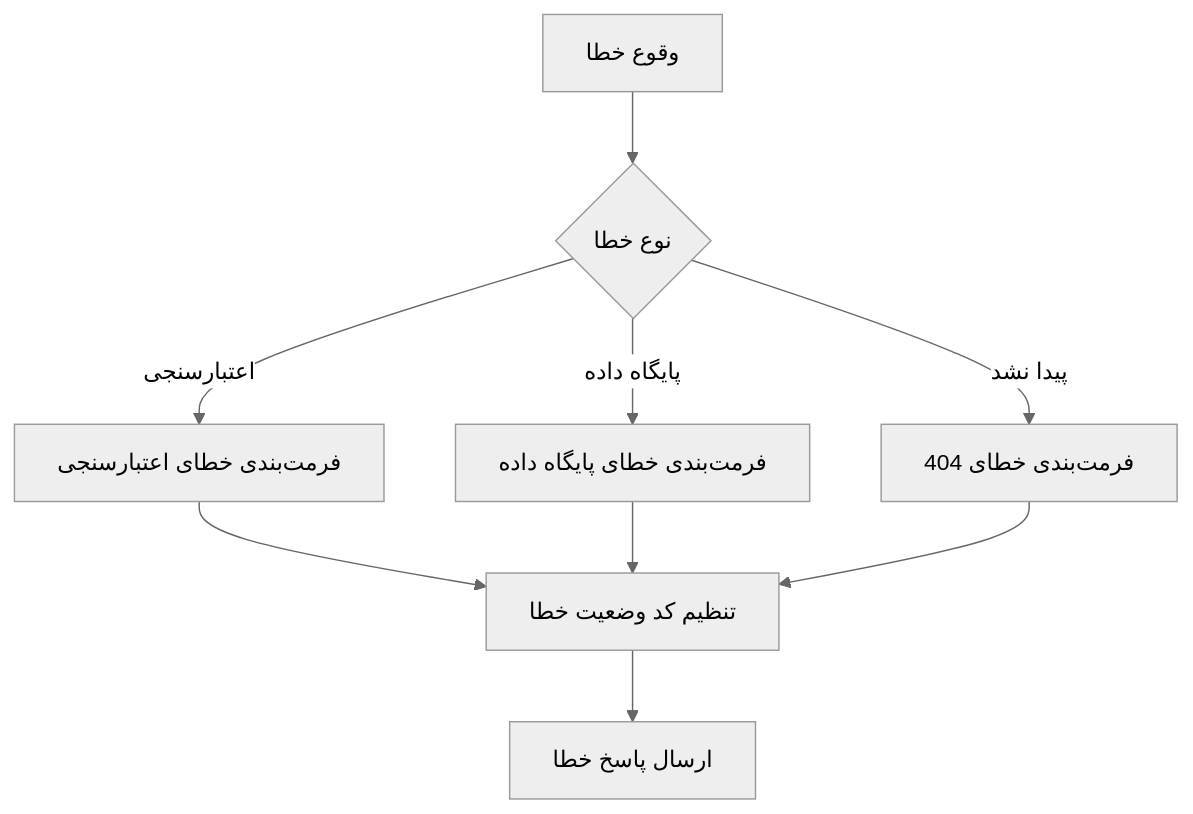
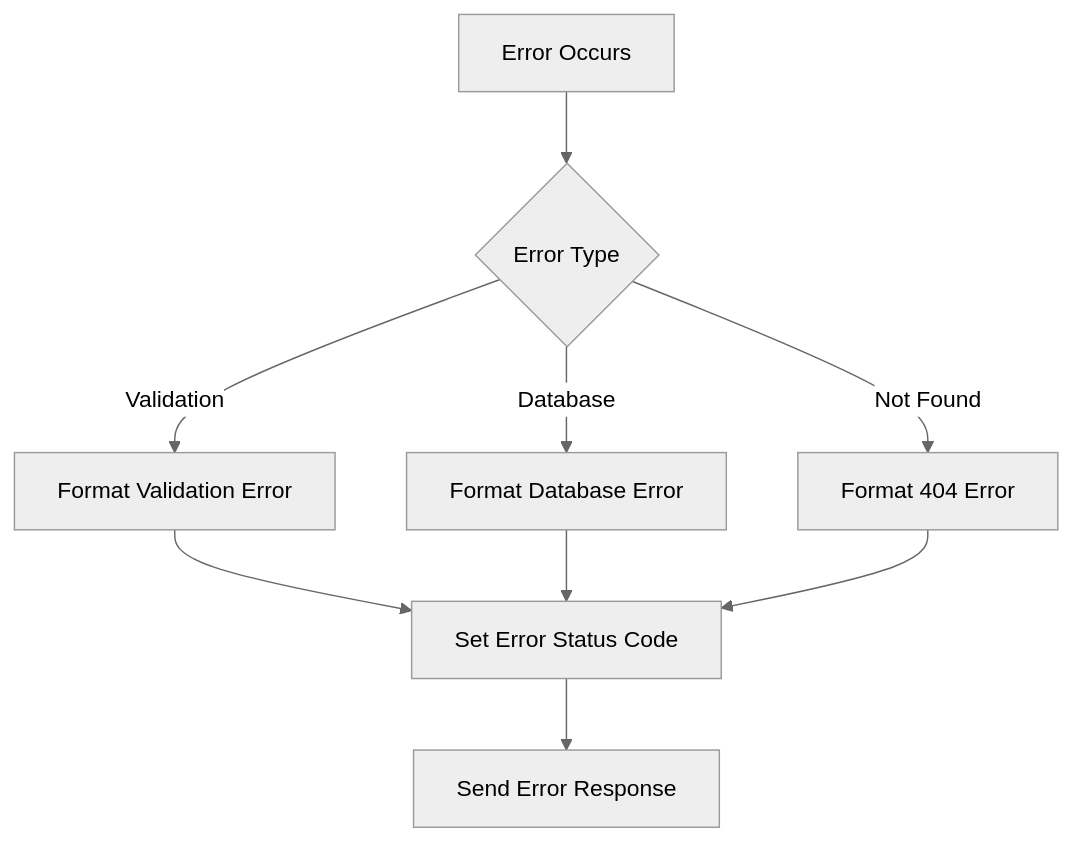
One commit to secure73/MicrosPy changed the third of 4 diagrams in DOCUMENTATION.de.md. Above: the diagram before and after it, drawn with Mermaid (neutral theme). The commit also changed other lines of this file, not shown here.

````diff
--- a/DOCUMENTATION.de.md
+++ b/DOCUMENTATION.de.md
@@ -573,11 +544,11 @@
 ```mermaid
 graph TD
-    A[وقوع خطا] --> B{نوع خطا}
-    B -->|اعتبارسنجی| C[فرمت‌بندی خطای اعتبارسنجی]
-    B -->|پایگاه داده| D[فرمت‌بندی خطای پایگاه داده]
-    B -->|پیدا نشد| E[فرمت‌بندی خطای 404]
-    C --> F[تنظیم کد وضعیت خطا]
+    A[Error Occurs] --> B{Error Type}
+    B -->|Validation| C[Format Validation Error]
+    B -->|Database| D[Format Database Error]
+    B -->|Not Found| E[Format 404 Error]
+    C --> F[Set Error Status Code]
     D --> F
     E --> F
-    F --> G[ارسال پاسخ خطا]
+    F --> G[Send Error Response]
 ```
````
